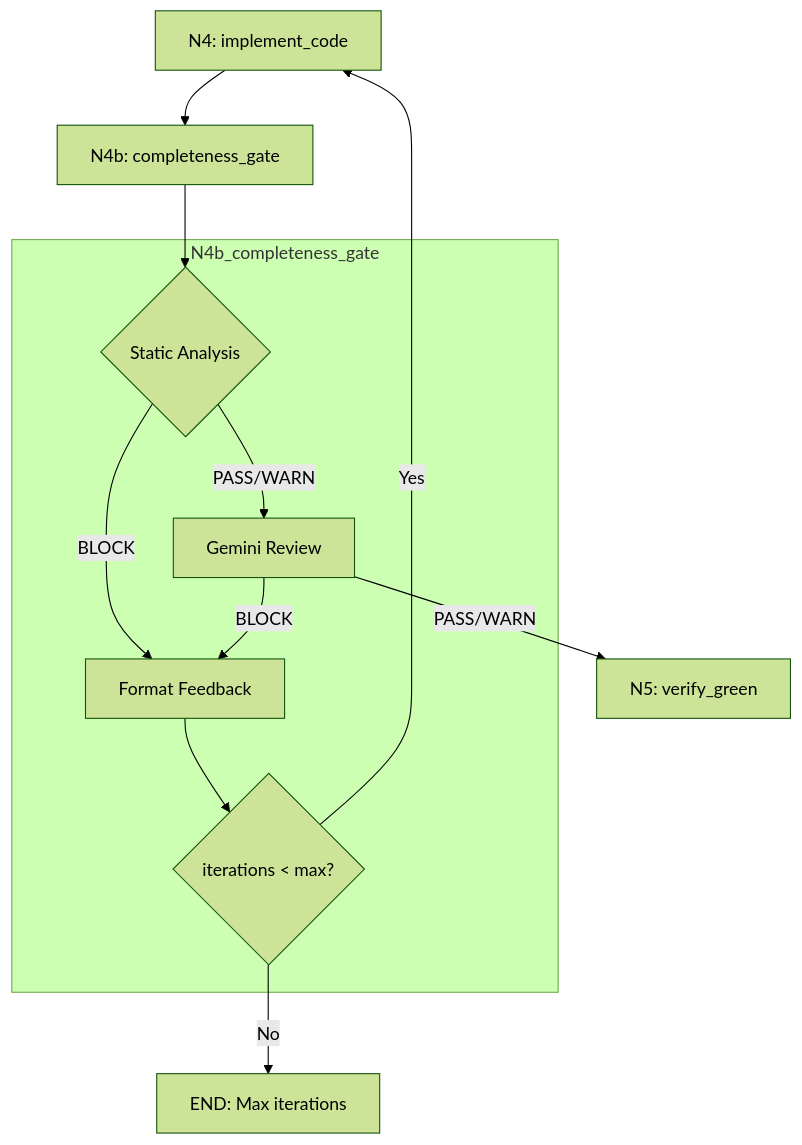
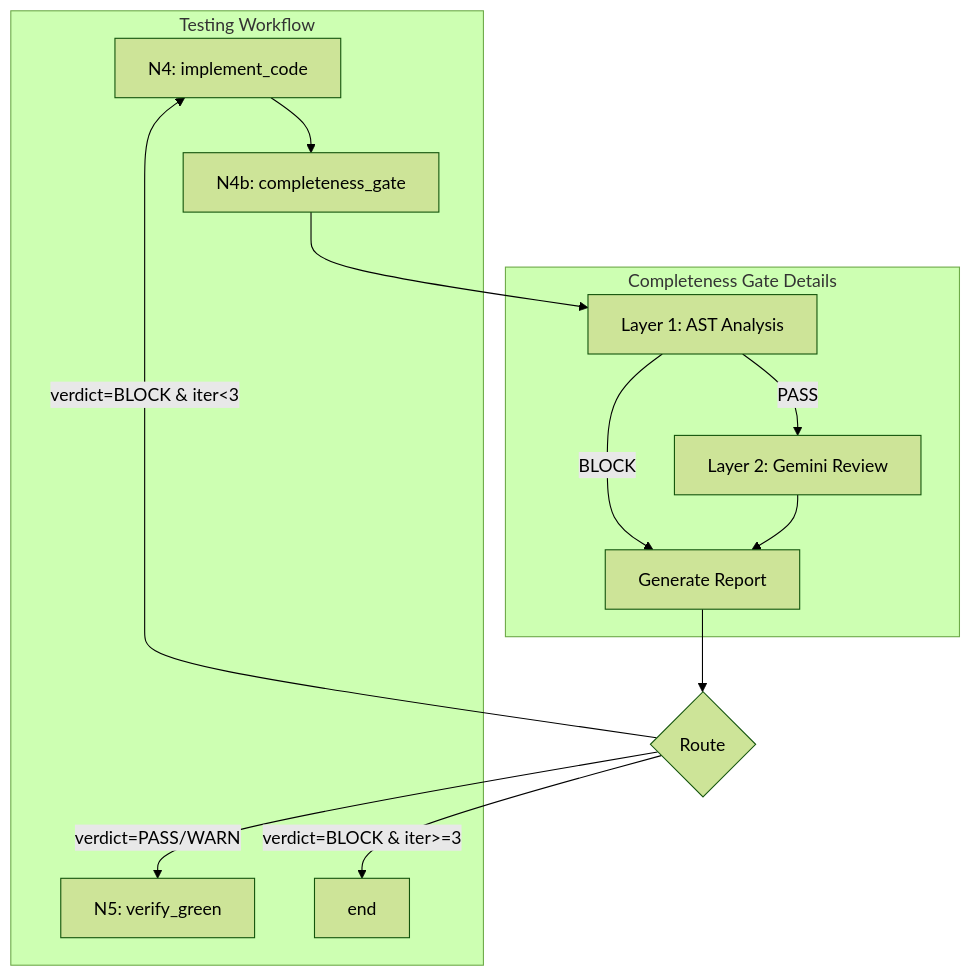
Before and after one commit to martymcenroe/AgentOS: the diagram in docs/lld/active/LLD-147.md, drawn with Mermaid (forest theme). The commit also changed other lines of this file and 7 other files, not shown here.

````diff
--- a/docs/lld/active/LLD-147.md
+++ b/docs/lld/active/LLD-147.md
@@ -323,22 +356,26 @@
 ```mermaid
-flowchart TD
-    N4[N4: implement_code] --> N4b[N4b: completeness_gate]
+flowchart TB
+    subgraph Workflow["Testing Workflow"]
+        N4["N4: implement_code"]
+        N4b["N4b: completeness_gate"]
+        N5["N5: verify_green"]
+        END["end"]
+    end
     
-    N4b --> Static{Static Analysis}
-    Static -->|BLOCK| Feedback[Format Feedback]
-    Static -->|PASS/WARN| Gemini[Gemini Review]
+    subgraph N4b_Internal["Completeness Gate Details"]
+        L1["Layer 1: AST Analysis"]
+        L2["Layer 2: Gemini Review"]
+        RPT["Generate Report"]
+    end
     
-    Gemini -->|BLOCK| Feedback
-    Gemini -->|PASS/WARN| N5[N5: verify_green]
+    N4 --> N4b
+    N4b --> L1
+    L1 -->|"BLOCK"| RPT
+    L1 -->|"PASS"| L2
+    L2 --> RPT
+    RPT --> ROUTE{"Route"}
     
-    Feedback --> MaxCheck{iterations < max?}
-    MaxCheck -->|Yes| N4
-    MaxCheck -->|No| End[END: Max iterations]
-    
-    subgraph N4b_completeness_gate
-        Static
-        Gemini
-        Feedback
-        MaxCheck
-    end
+    ROUTE -->|"verdict=BLOCK & iter<3"| N4
+    ROUTE -->|"verdict=BLOCK & iter>=3"| END
+    ROUTE -->|"verdict=PASS/WARN"| N5
 ```
````
